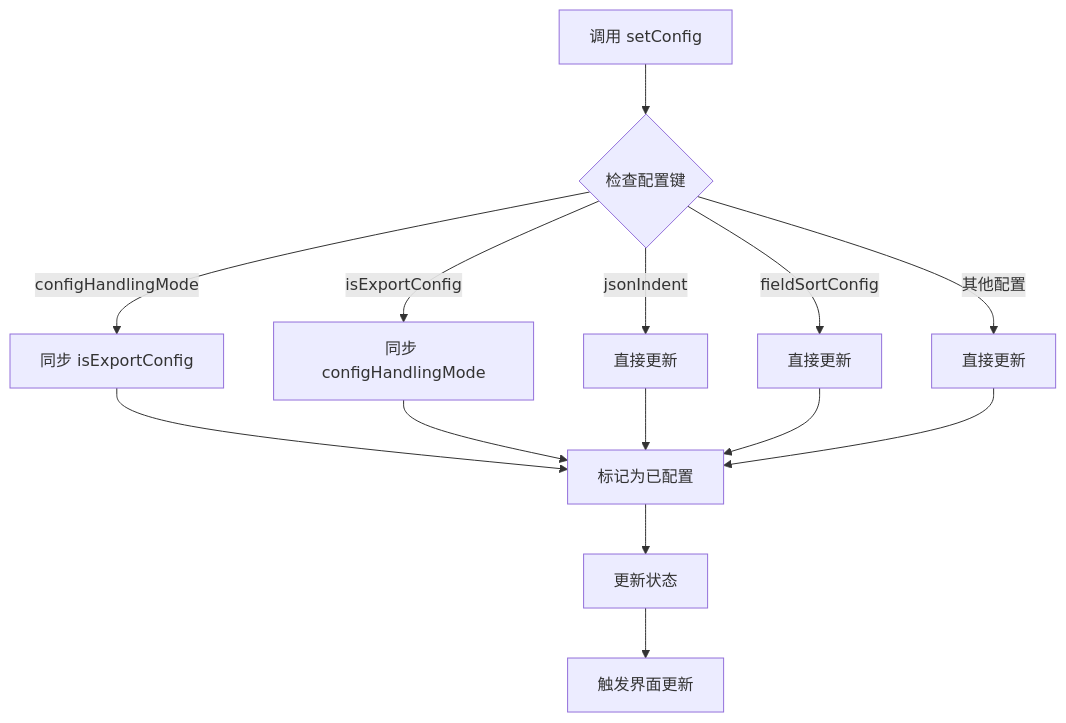
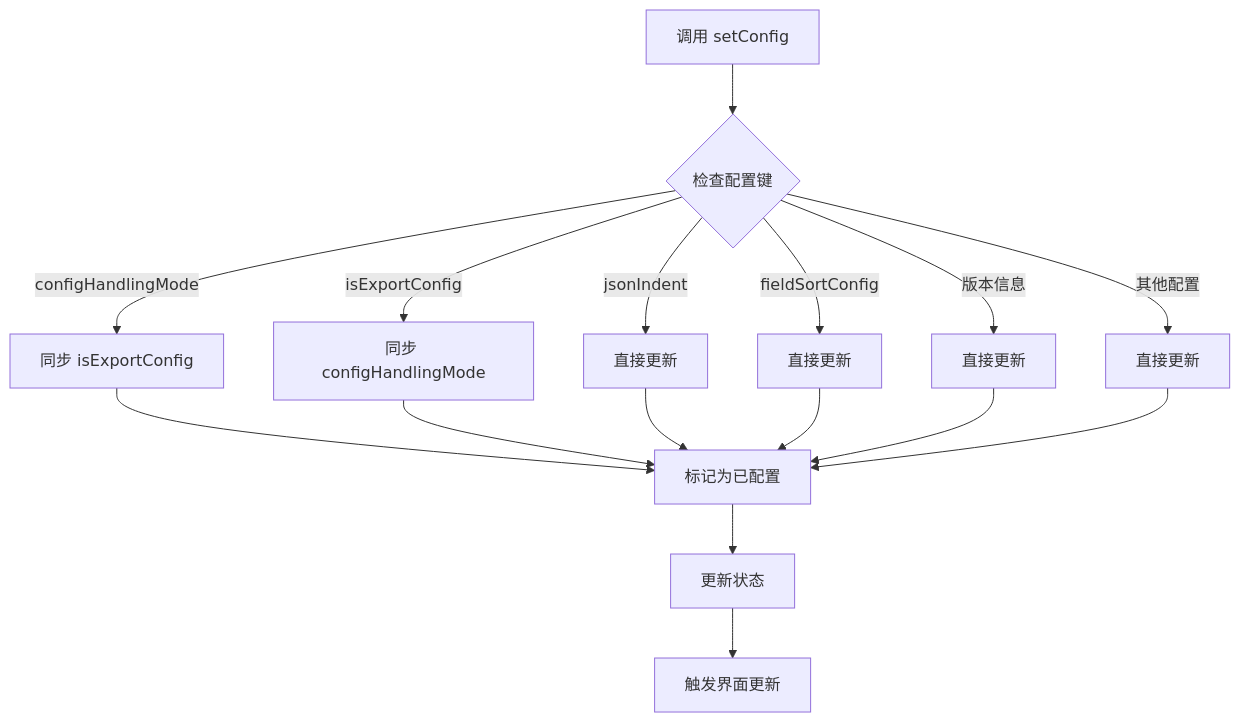
The fifth of 20 diagrams in .qoder/repowiki/zh/content/Config Store/Config Store.md (kqcoxn/MaaPipelineEditor), drawn with Mermaid before and after one commit. The commit also changed other lines of this file and 13 other files, not shown here.

````diff
--- a/.qoder/repowiki/zh/content/Config Store/Config Store.md
+++ b/.qoder/repowiki/zh/content/Config Store/Config Store.md
@@ -309,16 +322,18 @@
 ```mermaid
 flowchart TD
 A[调用 setConfig] --> B{检查配置键}
 B --> |configHandlingMode| C[同步 isExportConfig]
 B --> |isExportConfig| D[同步 configHandlingMode]
 B --> |jsonIndent| E[直接更新]
 B --> |fieldSortConfig| F[直接更新]
-B --> |其他配置| G[直接更新]
-C --> H[标记为已配置]
-D --> H
-E --> H
-F --> H
-G --> H
-H --> I[更新状态]
-I --> J[触发界面更新]
+B --> |版本信息| G[直接更新]
+B --> |其他配置| H[直接更新]
+C --> I[标记为已配置]
+D --> I
+E --> I
+F --> I
+G --> I
+H --> I
+I --> J[更新状态]
+J --> K[触发界面更新]
 ```
````
